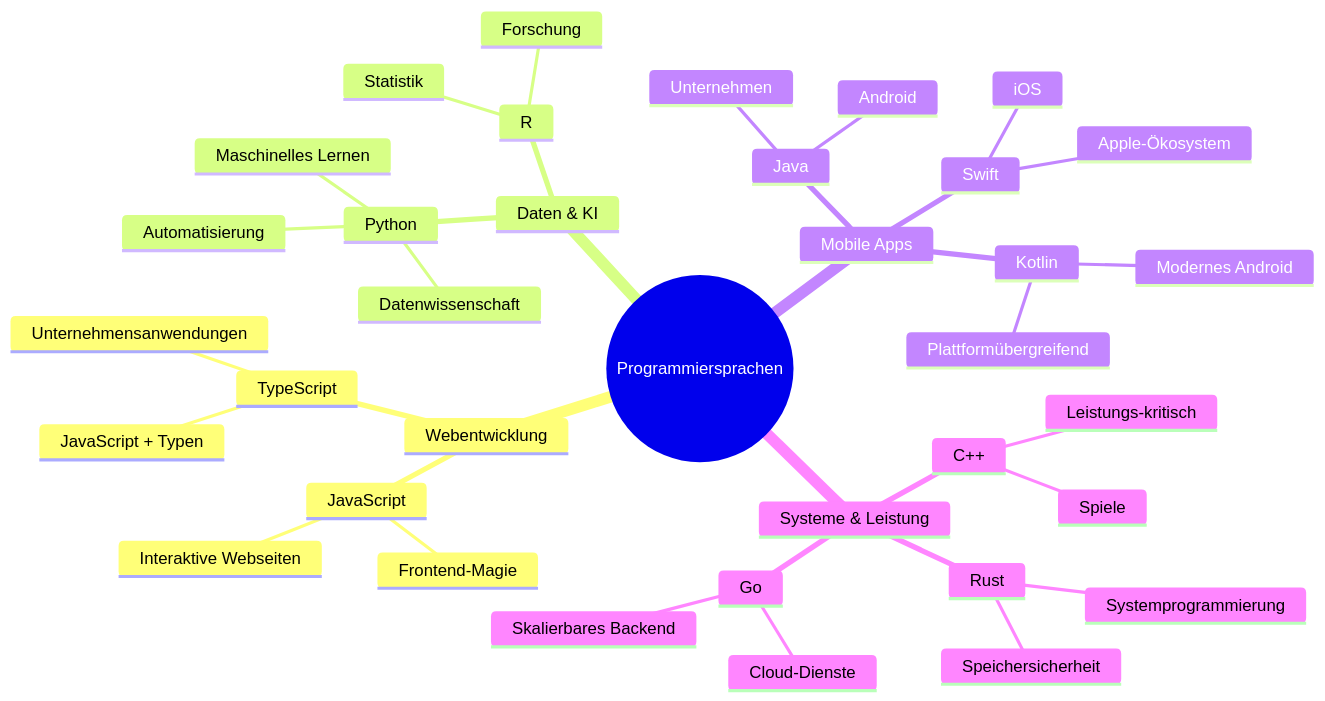
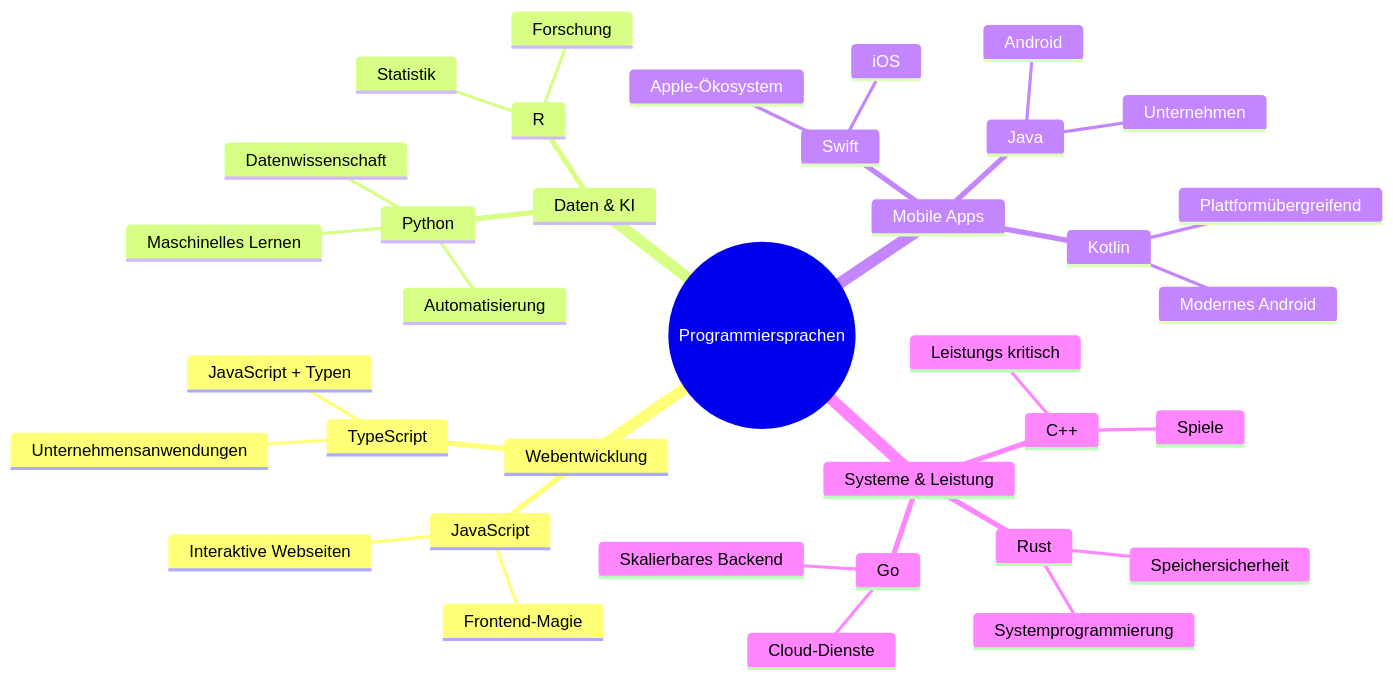
The second of 7 diagrams in translations/de/1-getting-started-lessons/1-intro-to-programming-languages/README.md (microsoft/Web-Dev-For-Beginners), drawn with Mermaid before and after one commit. The commit also changed other lines of this file and 11 other files, not shown here.

````diff
--- a/translations/de/1-getting-started-lessons/1-intro-to-programming-languages/README.md
+++ b/translations/de/1-getting-started-lessons/1-intro-to-programming-languages/README.md
@@ -85,39 +84,39 @@
 ```mermaid
 mindmap
   root((Programmiersprachen))
     Webentwicklung
       JavaScript
         Frontend-Magie
         Interaktive Webseiten
       TypeScript
         JavaScript + Typen
         Unternehmensanwendungen
     Daten & KI
       Python
         Datenwissenschaft
         Maschinelles Lernen
         Automatisierung
       R
         Statistik
         Forschung
     Mobile Apps
       Java
         Android
         Unternehmen
       Swift
         iOS
         Apple-Ökosystem
       Kotlin
         Modernes Android
         Plattformübergreifend
     Systeme & Leistung
       C++
         Spiele
-        Leistungs-kritisch
+        Leistungs kritisch
       Rust
         Speichersicherheit
         Systemprogrammierung
       Go
         Cloud-Dienste
         Skalierbares Backend
 ```
````
